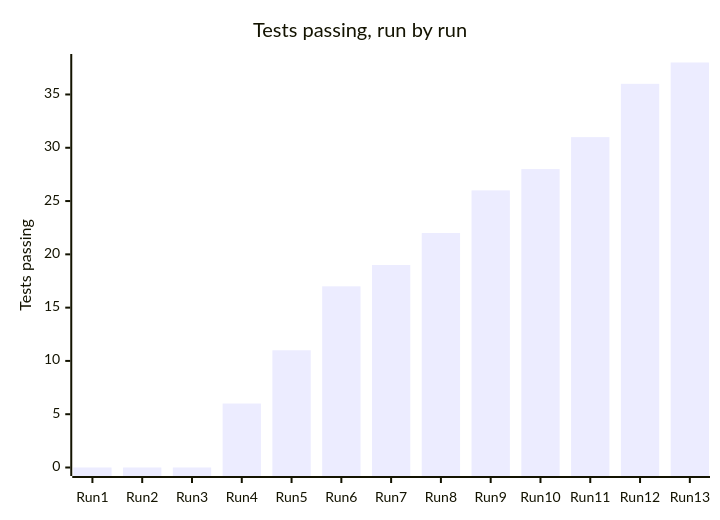
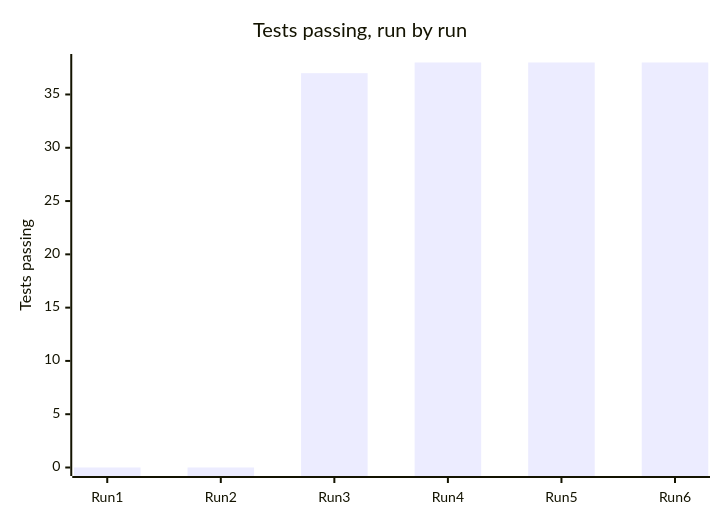
Before and after one commit to b0ts/ai_assisted_sdlc_workflow: the diagram in samples/BeautifulBeachParkVolunteers/docs/d07-02-test-results.md, drawn with Mermaid. The commit also changed other lines of this file and 87 other files, not shown here.

````diff
--- a/samples/BeautifulBeachParkVolunteers/docs/d07-02-test-results.md
+++ b/samples/BeautifulBeachParkVolunteers/docs/d07-02-test-results.md
@@ -50,7 +45,7 @@
 ```mermaid
 xychart-beta
     title "Tests passing, run by run"
-    x-axis [Run 1, Run 2, Run 3, Run 4, Run 5, Run 6, Run 7, Run 8, Run 9, Run 10, Run 11, Run 12, Run 13]
+    x-axis [Run 1, Run 2, Run 3, Run 4, Run 5, Run 6]
     y-axis "Tests passing" 0 --> 38
-    bar [0, 0, 0, 6, 11, 17, 19, 22, 26, 28, 31, 36, 38]
+    bar [0, 0, 37, 38, 38, 38]
 ```
````
